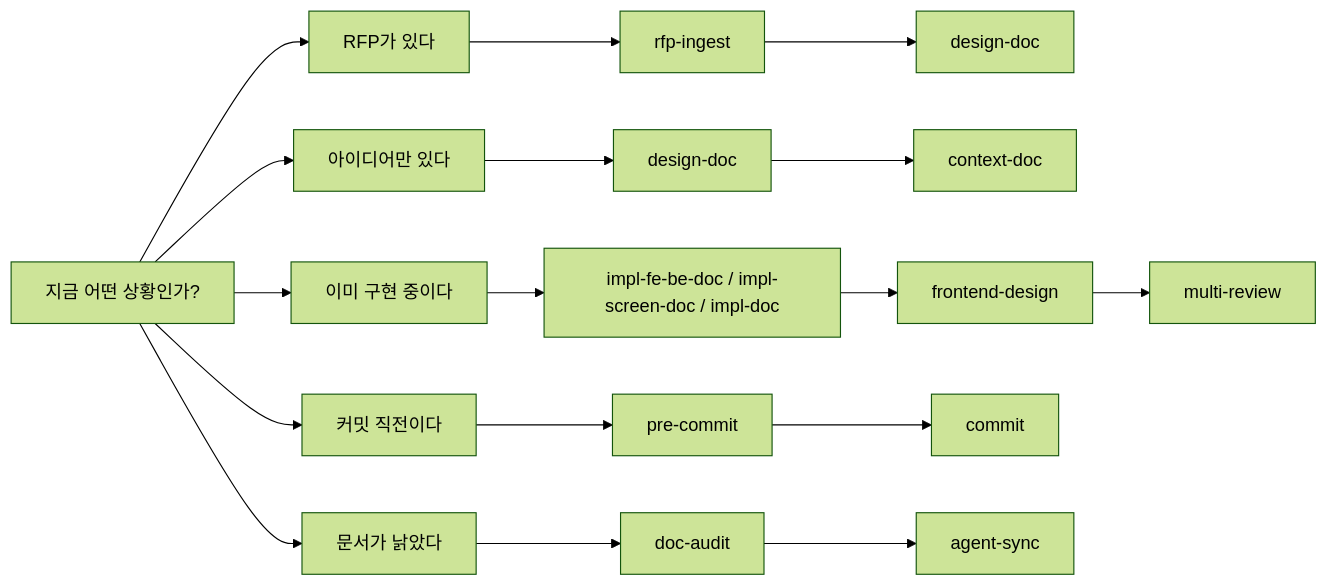
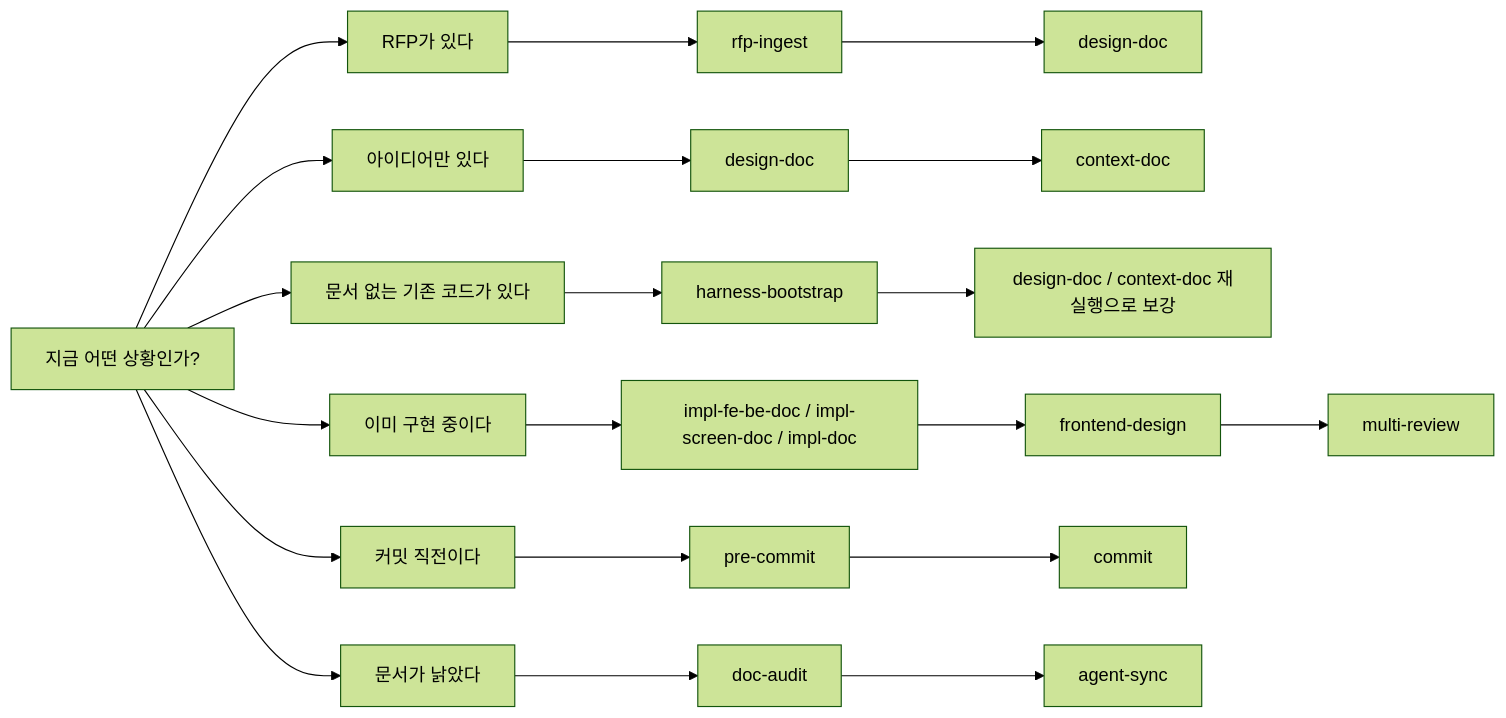
Before and after one commit to hb9397/AI_Agent_docs: the fifth of 9 diagrams in Harness_Engineering_Intro.md, drawn with Mermaid (forest theme). The commit also changed other lines of this file and 2 other files, not shown here.

````diff
--- a/Harness_Engineering_Intro.md
+++ b/Harness_Engineering_Intro.md
@@ -249,24 +250,28 @@
 ```mermaid
 flowchart LR
     A["지금 어떤 상황인가?"] --> B["RFP가 있다"]
     A --> C["아이디어만 있다"]
+    A --> G["문서 없는 기존 코드가 있다"]
     A --> D["이미 구현 중이다"]
     A --> E["커밋 직전이다"]
     A --> F["문서가 낡았다"]
 
     B --> B1["rfp-ingest"]
     B1 --> B2["design-doc"]
 
     C --> C1["design-doc"]
     C1 --> C2["context-doc"]
+
+    G --> G1["harness-bootstrap"]
+    G1 --> G2["design-doc / context-doc 재실행으로 보강"]
 
     D --> D1["impl-fe-be-doc / impl-screen-doc / impl-doc"]
     D1 --> D2["frontend-design"]
     D2 --> D3["multi-review"]
 
     E --> E1["pre-commit"]
     E1 --> E2["commit"]
 
     F --> F1["doc-audit"]
     F1 --> F2["agent-sync"]
 ```
````
